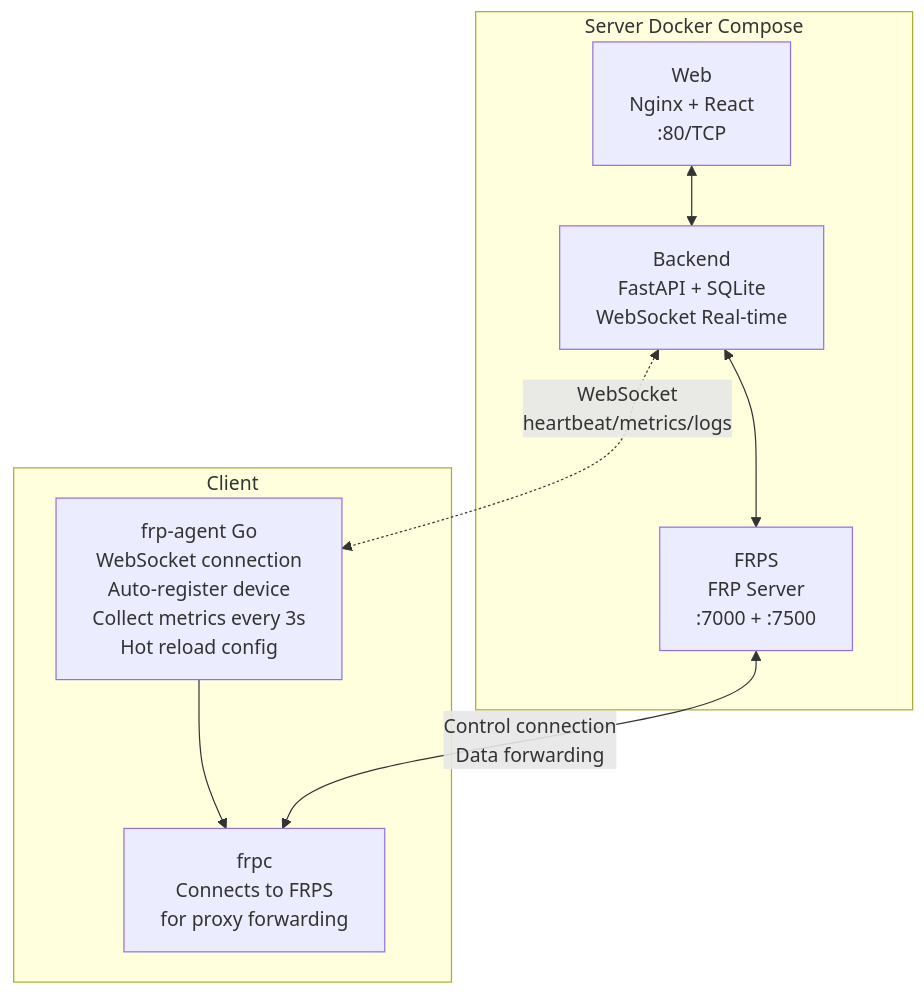
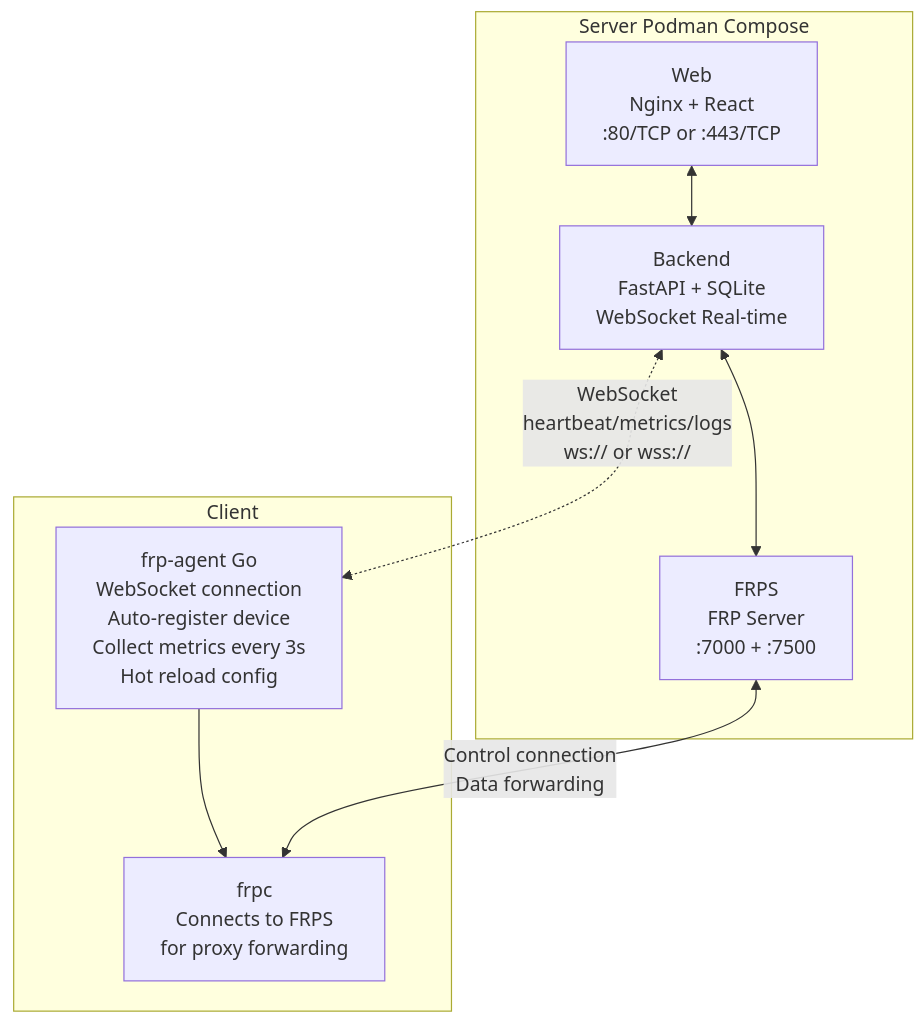
The diagram in README.en.md (GreenhandTan/FRP-ALL-IN-ONE), drawn with Mermaid before and after one commit. The commit also changed other lines of this file and 27 other files, not shown here.

````diff
--- a/README.en.md
+++ b/README.en.md
@@ -101,19 +111,19 @@
 ```mermaid
 flowchart TB
-    subgraph Server["Server Docker Compose"]
-        Web["Web<br/>Nginx + React<br/>:80/TCP"]
+    subgraph Server["Server Podman Compose"]
+        Web["Web<br/>Nginx + React<br/>:80/TCP or :443/TCP"]
         Backend["Backend<br/>FastAPI + SQLite<br/>WebSocket Real-time"]
         FRPS["FRPS<br/>FRP Server<br/>:7000 + :7500"]
         Web <--> Backend
         Backend <--> FRPS
     end
 
     subgraph Client["Client"]
         Agent["frp-agent Go<br/>WebSocket connection<br/>Auto-register device<br/>Collect metrics every 3s<br/>Hot reload config"]
         FRPC["frpc<br/>Connects to FRPS<br/>for proxy forwarding"]
         Agent --> FRPC
     end
 
-    Backend <-.->|"WebSocket<br/>heartbeat/metrics/logs"| Agent
+    Backend <-.->|"WebSocket<br/>heartbeat/metrics/logs<br/>ws:// or wss://"| Agent
     FRPS <-->|"Control connection<br/>Data forwarding"| FRPC
 ```
````
